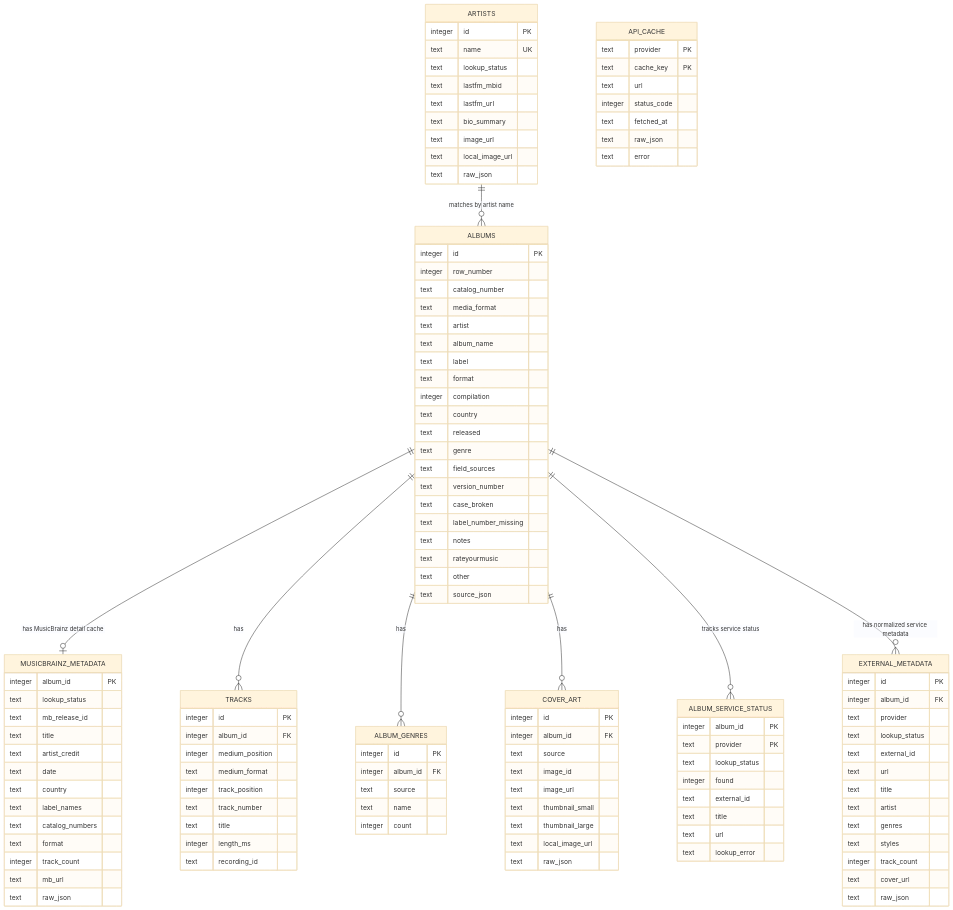
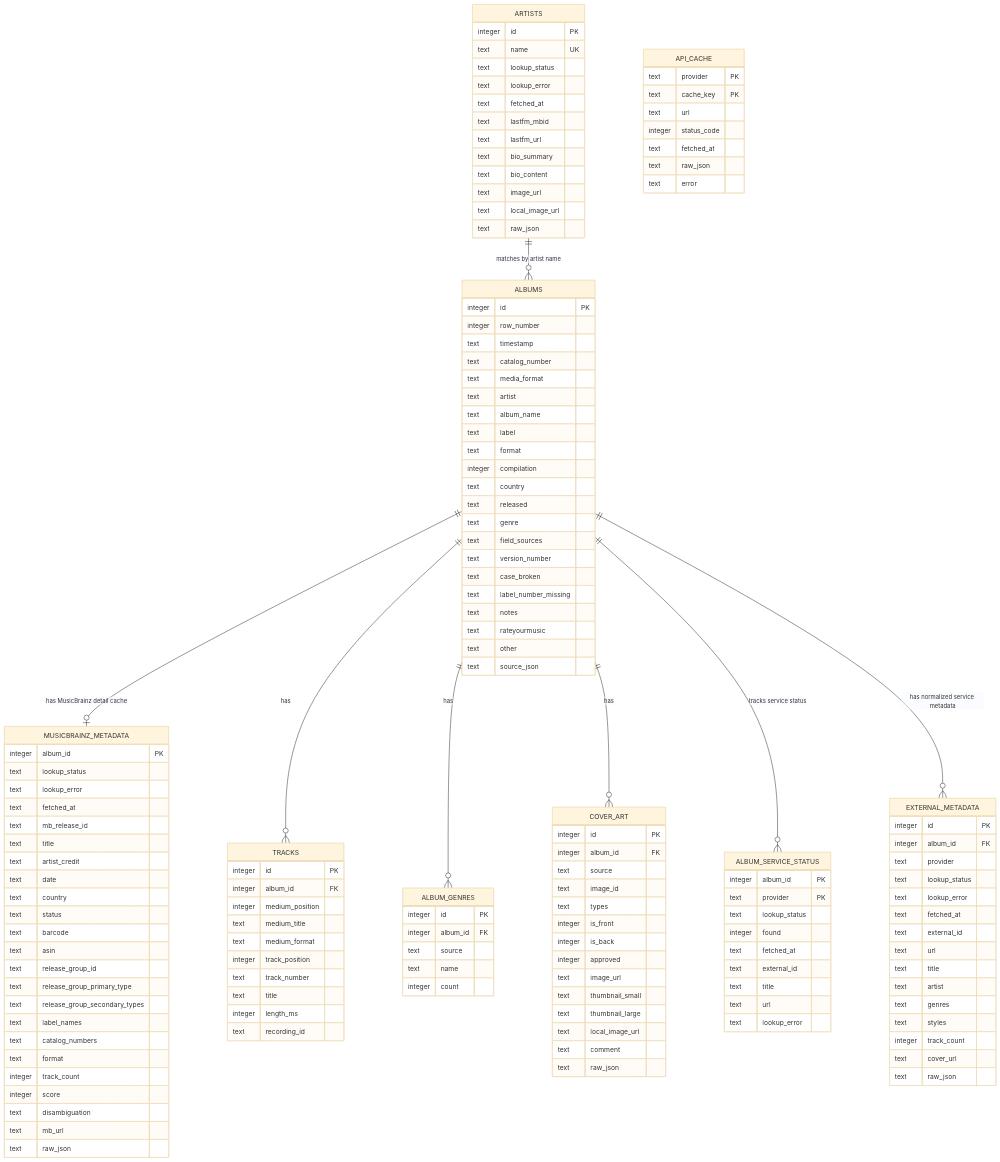
Before and after one commit to wirtes/cd-archive: the first of 2 diagrams in README.md, drawn with Mermaid (base theme). The commit also changed other lines of this file, not shown here.

Commit message:
add/edit

```diff
--- a/README.md
+++ b/README.md
@@ -143,6 +147,7 @@
     ALBUMS {
         integer id PK
         integer row_number
+        text timestamp
         text catalog_number
         text media_format
         text artist
@@ -167,9 +172,12 @@
         integer id PK
         text name UK
         text lookup_status
+        text lookup_error
+        text fetched_at
         text lastfm_mbid
         text lastfm_url
         text bio_summary
+        text bio_content
         text image_url
         text local_image_url
         text raw_json
@@ -178,15 +186,25 @@
     MUSICBRAINZ_METADATA {
         integer album_id PK
         text lookup_status
+        text lookup_error
+        text fetched_at
         text mb_release_id
         text title
         text artist_credit
         text date
         text country
+        text status
+        text barcode
+        text asin
+        text release_group_id
+        text release_group_primary_type
+        text release_group_secondary_types
         text label_names
         text catalog_numbers
         text format
         integer track_count
+        integer score
+        text disambiguation
         text mb_url
         text raw_json
     }
@@ -195,6 +213,7 @@
         integer id PK
         integer album_id FK
         integer medium_position
+        text medium_title
         text medium_format
         integer track_position
         text track_number
@@ -216,10 +235,15 @@
         integer album_id FK
         text source
         text image_id
+        text types
+        integer is_front
+        integer is_back
+        integer approved
         text image_url
         text thumbnail_small
         text thumbnail_large
         text local_image_url
+        text comment
         text raw_json
     }
 
@@ -228,6 +252,7 @@
         text provider PK
         text lookup_status
         integer found
+        text fetched_at
         text external_id
         text title
         text url
@@ -239,6 +264,8 @@
         integer album_id FK
         text provider
         text lookup_status
+        text lookup_error
+        text fetched_at
         text external_id
         text url
         text title
```
